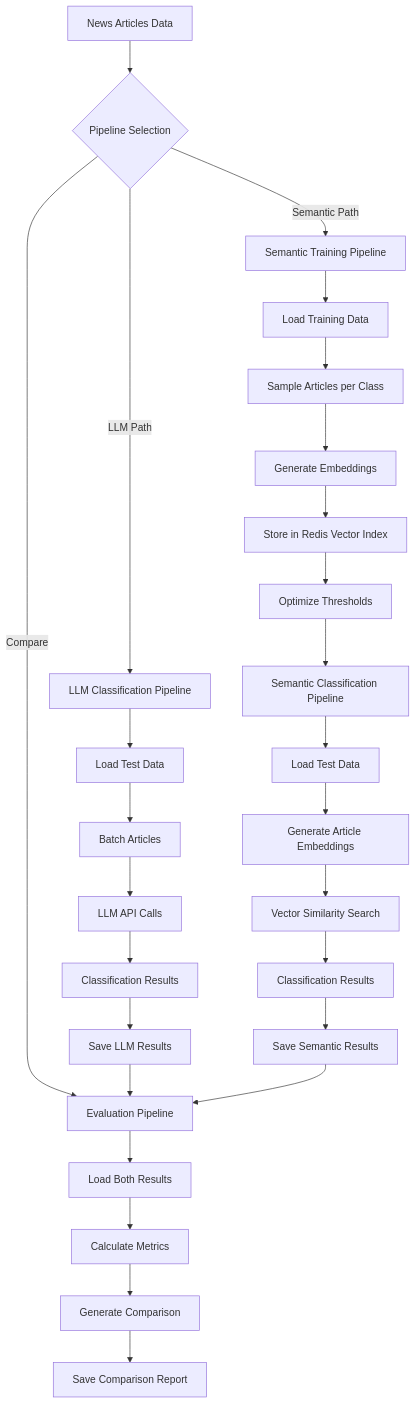
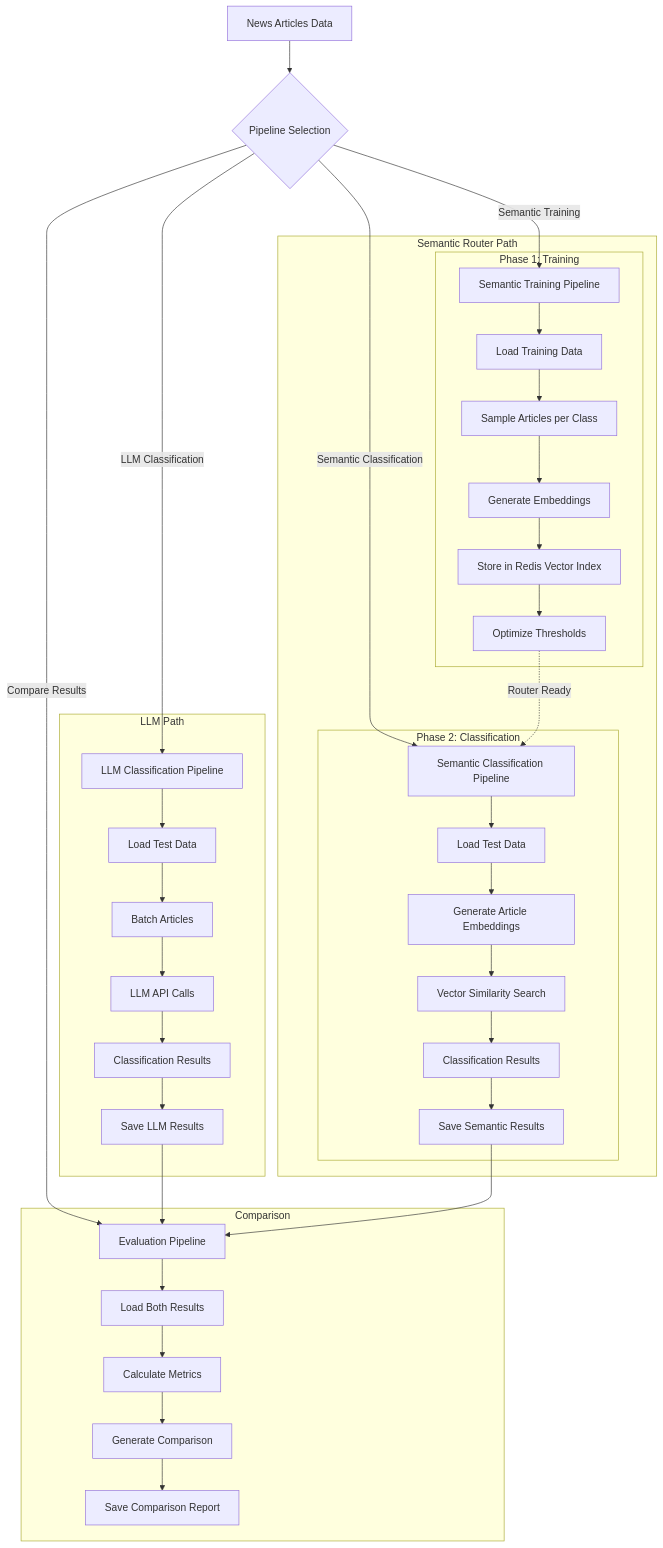
Before and after one commit to nkanu17/redis-semantic-router: the diagram in README.md, drawn with Mermaid.

Commit message:
Update pipeline flow diagram to show separate training and classification phases

````diff
--- a/README.md
+++ b/README.md
@@ -108,34 +108,46 @@
 ```mermaid
 graph TB
     A[News Articles Data] --> B{Pipeline Selection}
     
-    B -->|LLM Path| C[LLM Classification Pipeline]
-    B -->|Semantic Path| D[Semantic Training Pipeline]
-    B -->|Compare| E[Evaluation Pipeline]
+    B -->|LLM Classification| C[LLM Classification Pipeline]
+    B -->|Semantic Training| D[Semantic Training Pipeline]
+    B -->|Semantic Classification| F[Semantic Classification Pipeline]
+    B -->|Compare Results| E[Evaluation Pipeline]
     
-    C --> C1[Load Test Data]
-    C1 --> C2[Batch Articles]
-    C2 --> C3[LLM API Calls]
-    C3 --> C4[Classification Results]
-    C4 --> C5[Save LLM Results]
+    subgraph "LLM Path"
+        C --> C1[Load Test Data]
+        C1 --> C2[Batch Articles]
+        C2 --> C3[LLM API Calls]
+        C3 --> C4[Classification Results]
+        C4 --> C5[Save LLM Results]
+    end
     
-    D --> D1[Load Training Data]
-    D1 --> D2[Sample Articles per Class]
-    D2 --> D3[Generate Embeddings]
-    D3 --> D4[Store in Redis Vector Index]
-    D4 --> D5[Optimize Thresholds]
-    D5 --> F[Semantic Classification Pipeline]
+    subgraph "Semantic Router Path"
+        subgraph "Phase 1: Training"
+            D --> D1[Load Training Data]
+            D1 --> D2[Sample Articles per Class]
+            D2 --> D3[Generate Embeddings]
+            D3 --> D4[Store in Redis Vector Index]
+            D4 --> D5[Optimize Thresholds]
+        end
+        
+        subgraph "Phase 2: Classification"
+            F --> F1[Load Test Data]
+            F1 --> F2[Generate Article Embeddings]
+            F2 --> F3[Vector Similarity Search]
+            F3 --> F4[Classification Results]
+            F4 --> F5[Save Semantic Results]
+        end
+        
+        D5 -.->|Router Ready| F
+    end
     
-    F --> F1[Load Test Data]
-    F1 --> F2[Generate Article Embeddings]
-    F2 --> F3[Vector Similarity Search]
-    F3 --> F4[Classification Results]
-    F4 --> F5[Save Semantic Results]
-    
-    C5 --> E
-    F5 --> E
-    E --> E1[Load Both Results]
-    E1 --> E2[Calculate Metrics]
-    E2 --> E3[Generate Comparison]
-    E3 --> E4[Save Comparison Report]
+    subgraph "Comparison"
+        C5 --> E
+        F5 --> E
+        E --> E1[Load Both Results]
+        E1 --> E2[Calculate Metrics]
+        E2 --> E3[Generate Comparison]
+        E3 --> E4[Save Comparison Report]
+    end
 ```
````
